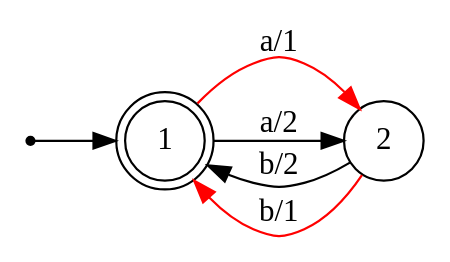
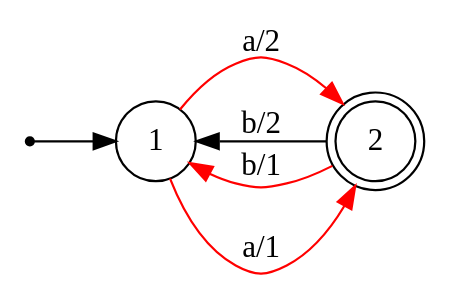
The diagram in input.dot (zenAndroid/oracle-extract), drawn with Graphviz before and after one commit. The commit also changed 7 other files, not shown here.

```diff
--- a/input.dot
+++ b/input.dot
@@ -1,11 +1,11 @@
 digraph Automaton {
     node [shape=point] INIT;
-    1 [shape="doublecircle"];
+    2 [shape="doublecircle"];
     node [shape=circle];
     rankdir = LR;
     INIT -> 1;
     1 -> 2 [label="a/1", color=red];
-    1 -> 2 [label="a/2"];
+    1 -> 2 [label="a/2", color=red];
     2 -> 1 [label="b/2"];
     2 -> 1 [label="b/1", color=red];
 }
```
